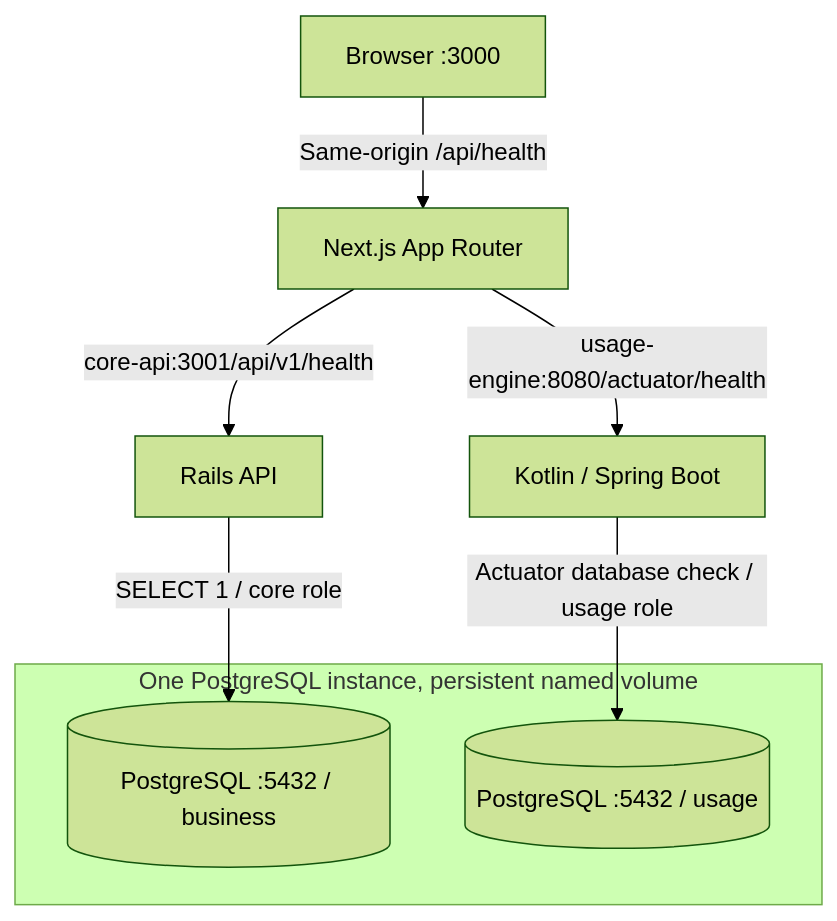
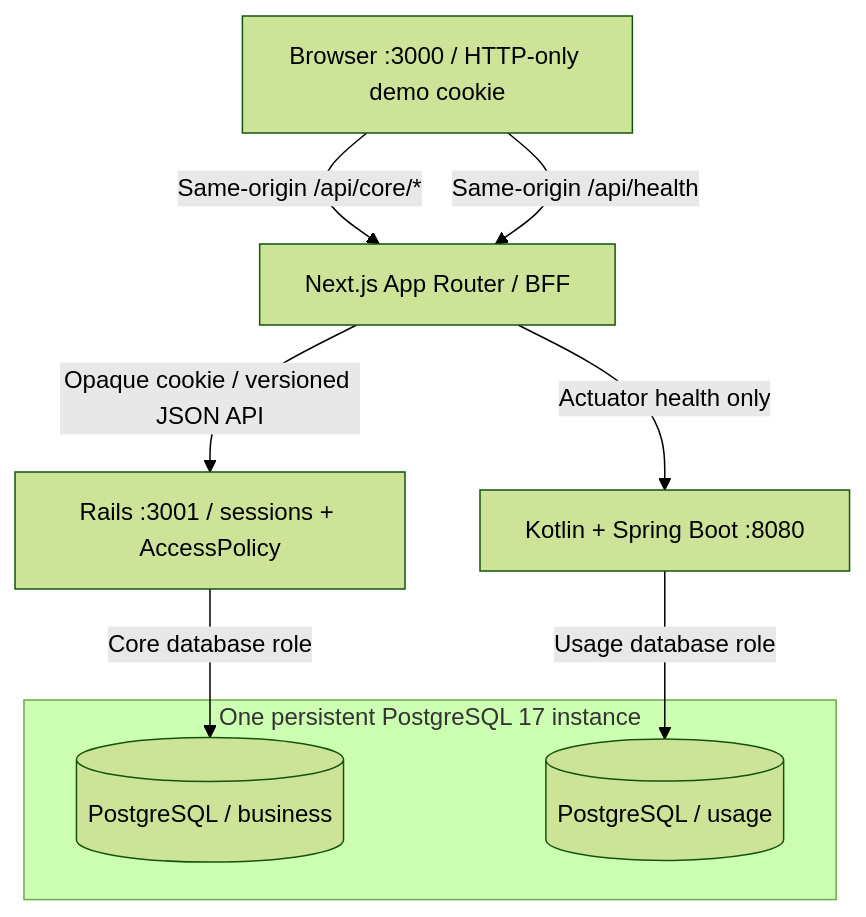
Before and after one commit to aymaanalamgir/tokentrack: the first of 2 diagrams in docs/architecture.md, drawn with Mermaid (forest theme). The commit also changed other lines of this file and 74 other files, not shown here.

````diff
--- a/docs/architecture.md
+++ b/docs/architecture.md
@@ -5,12 +5,13 @@
 ```mermaid
 flowchart TB
-  Browser["Browser :3000"] -->|Same-origin /api/health| Next["Next.js App Router"]
-  Next -->|core-api:3001/api/v1/health| Rails["Rails API"]
-  Next -->|usage-engine:8080/actuator/health| Kotlin["Kotlin / Spring Boot"]
-  Rails -->|SELECT 1 / core role| Business[("PostgreSQL :5432 / business")]
-  Kotlin -->|Actuator database check / usage role| Usage[("PostgreSQL :5432 / usage")]
-  subgraph Database["One PostgreSQL instance, persistent named volume"]
+  Browser["Browser :3000 / HTTP-only demo cookie"] -->|Same-origin /api/core/*| Next["Next.js App Router / BFF"]
+  Browser -->|Same-origin /api/health| Next
+  Next -->|Opaque cookie / versioned JSON API| Rails["Rails :3001 / sessions + AccessPolicy"]
+  Next -->|Actuator health only| Kotlin["Kotlin + Spring Boot :8080"]
+  Rails -->|Core database role| Business[("PostgreSQL / business")]
+  Kotlin -->|Usage database role| Usage[("PostgreSQL / usage")]
+  subgraph Database["One persistent PostgreSQL 17 instance"]
     Business
     Usage
   end
 ```
````
